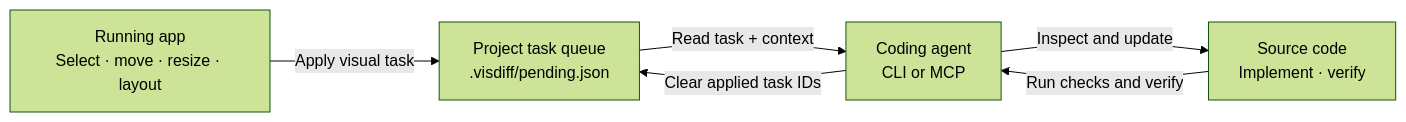
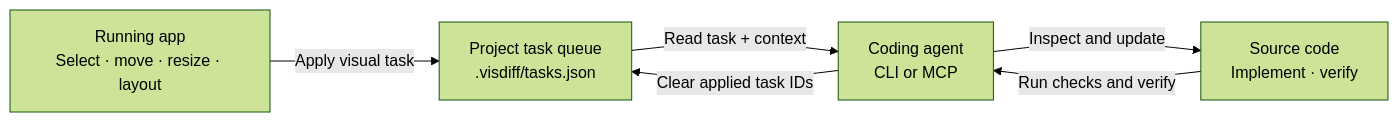
One commit to artemjasan/visdiff changed the diagram in README.md. Above: the diagram before and after it, drawn with Mermaid (forest theme). The commit also changed other lines of this file and 28 other files, not shown here.

````diff
--- a/README.md
+++ b/README.md
@@ -15,13 +15,13 @@
 ```mermaid
 flowchart LR
     Browser["Running app<br/>Select · move · resize · layout"]
-    Queue["Project task queue<br/>.visdiff/pending.json"]
+    Queue["Project task queue<br/>.visdiff/tasks.json"]
     Agent["Coding agent<br/>CLI or MCP"]
     Source["Source code<br/>Implement · verify"]
 
     Browser -->|"Apply visual task"| Queue
     Queue -->|"Read task + context"| Agent
     Agent -->|"Inspect and update"| Source
     Source -->|"Run checks and verify"| Agent
     Agent -->|"Clear applied task IDs"| Queue
 ```
````
